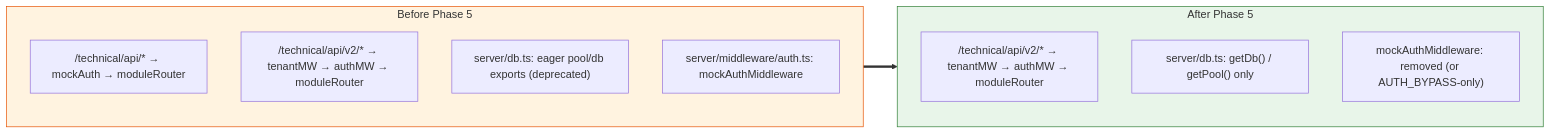
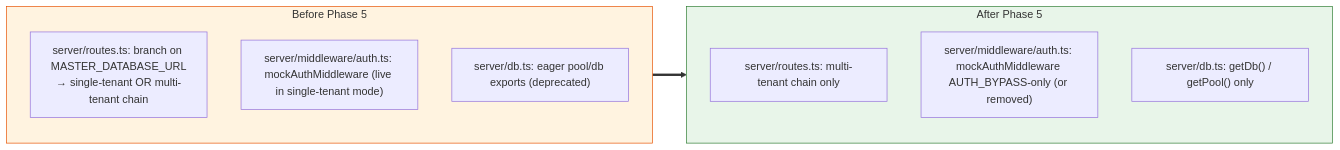
Before and after one commit to safe-lanes/TechnicalMoudle: the diagram in docs/multi-tenant/Phase-5-Decommission.md, drawn with Mermaid. The commit also changed other lines of this file and 5 other files, not shown here.

First line of the commit message:
Update multi-tenant documentation to reflect API path changes

````diff
--- a/docs/multi-tenant/Phase-5-Decommission.md
+++ b/docs/multi-tenant/Phase-5-Decommission.md
@@ -15,17 +15,16 @@
 ```mermaid
 flowchart LR
     subgraph Before["Before Phase 5"]
-        A1["/technical/api/* → mockAuth → moduleRouter"]
-        A2["/technical/api/v2/* → tenantMW → authMW → moduleRouter"]
+        A1["server/routes.ts: branch on MASTER_DATABASE_URL<br/>→ single-tenant OR multi-tenant chain"]
+        A2["server/middleware/auth.ts: mockAuthMiddleware (live in single-tenant mode)"]
         A3["server/db.ts: eager pool/db exports (deprecated)"]
-        A4["server/middleware/auth.ts: mockAuthMiddleware"]
     end
     subgraph After["After Phase 5"]
-        B1["/technical/api/v2/* → tenantMW → authMW → moduleRouter"]
-        B2["server/db.ts: getDb() / getPool() only"]
-        B3["mockAuthMiddleware: removed (or AUTH_BYPASS-only)"]
+        B1["server/routes.ts: multi-tenant chain only"]
+        B2["server/middleware/auth.ts: mockAuthMiddleware AUTH_BYPASS-only (or removed)"]
+        B3["server/db.ts: getDb() / getPool() only"]
     end
     Before ==> After
     style Before fill:#fff3e0,stroke:#e65100
     style After fill:#e8f5e9,stroke:#2e7d32
 ```
````
